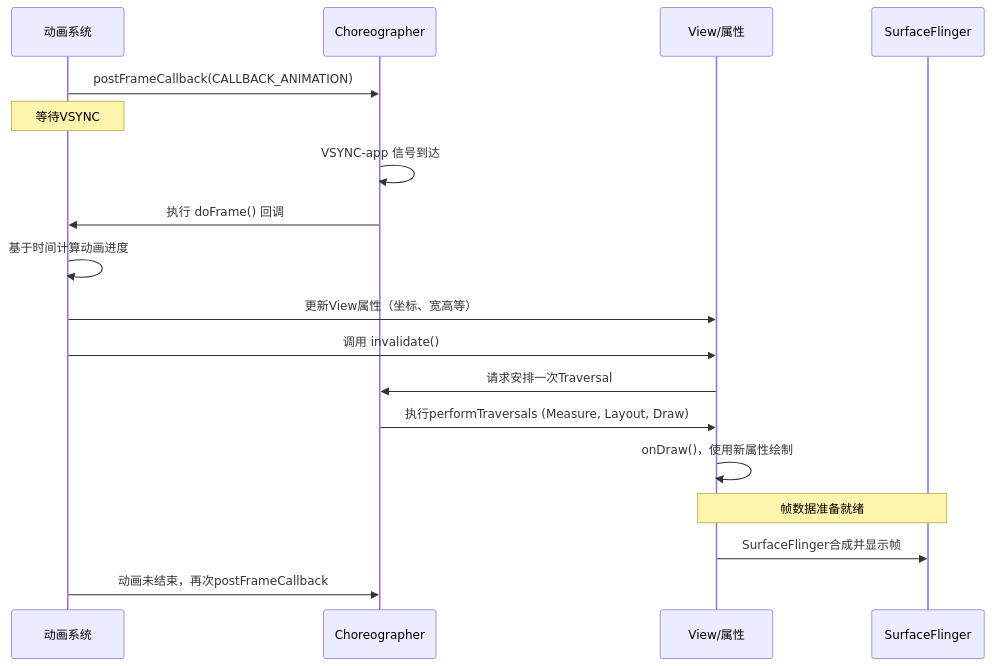
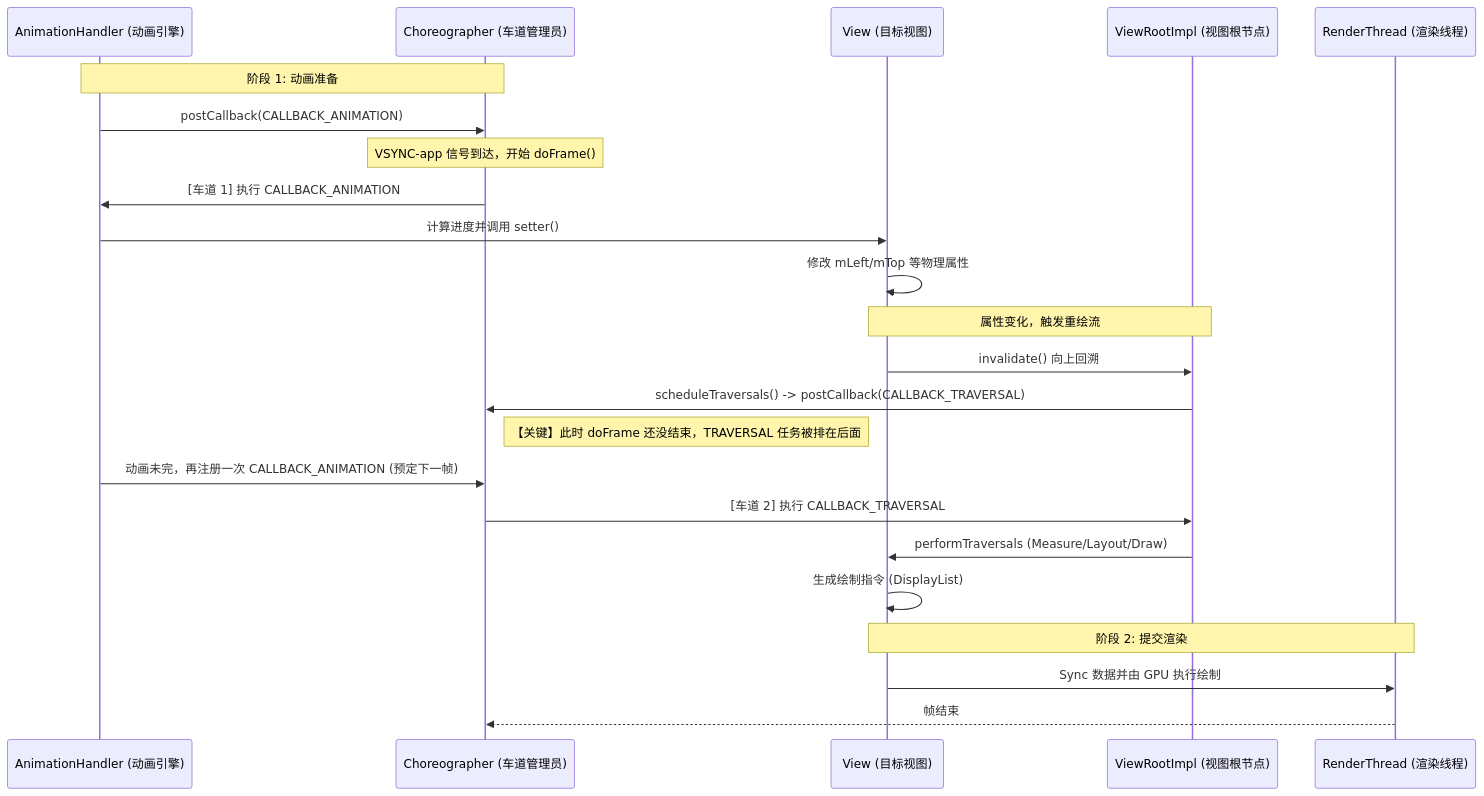
One commit to norven63/MyObsidian changed the second of 2 diagrams in 13沉淀笔记/2025面试/渲染绘制.md. Above: the diagram before and after it, drawn with Mermaid. The commit also changed other lines of this file and 8 other files, not shown here.

````diff
--- a/13沉淀笔记/2025面试/渲染绘制.md
+++ b/13沉淀笔记/2025面试/渲染绘制.md
@@ -112,26 +156,32 @@
 ```mermaid
 sequenceDiagram
-    participant A as 动画系统
-    participant C as Choreographer
-    participant V as View/属性
-    participant S as SurfaceFlinger
+    participant AH as AnimationHandler (动画引擎)
+    participant C as Choreographer (车道管理员)
+    participant V as View (目标视图)
+    participant VR as ViewRootImpl (视图根节点)
+    participant RT as RenderThread (渲染线程)
 
-    A->>C: postFrameCallback(CALLBACK_ANIMATION)
-    Note over A: 等待VSYNC
+    Note over AH, C: 阶段 1: 动画准备
+    AH->>C: postCallback(CALLBACK_ANIMATION)
+    
+    Note over C: VSYNC-app 信号到达，开始 doFrame()
+    
+    C->>AH: [车道 1] 执行 CALLBACK_ANIMATION
+    AH->>V: 计算进度并调用 setter()
+    V->>V: 修改 mLeft/mTop 等物理属性
+    
+    Note over V, VR: 属性变化，触发重绘流
+    V->>VR: invalidate() 向上回溯
+    VR->>C: scheduleTraversals() -> postCallback(CALLBACK_TRAVERSAL)
+    Note right of C: 【关键】此时 doFrame 还没结束，TRAVERSAL 任务被排在后面
+    
+    AH->>C: 动画未完，再注册一次 CALLBACK_ANIMATION (预定下一帧)
 
-    C->>C: VSYNC-app 信号到达
-    C->>A: 执行 doFrame() 回调
+    C->>VR: [车道 2] 执行 CALLBACK_TRAVERSAL
+    VR->>V: performTraversals (Measure/Layout/Draw)
+    V->>V: 生成绘制指令 (DisplayList)
 
-    A->>A: 基于时间计算动画进度
-    A->>V: 更新View属性（坐标、宽高等）
-    A->>V: 调用 invalidate()
-
-    V->>C: 请求安排一次Traversal
-    C->>V: 执行performTraversals (Measure, Layout, Draw)
-    V->>V: onDraw()，使用新属性绘制
-
-    Note over V, S: 帧数据准备就绪
-    V->>S: SurfaceFlinger合成并显示帧
-
-    A->>C: 动画未结束，再次postFrameCallback
+    Note over V, RT: 阶段 2: 提交渲染
+    V->>RT: Sync 数据并由 GPU 执行绘制
+    RT-->>C: 帧结束
 ```
````
